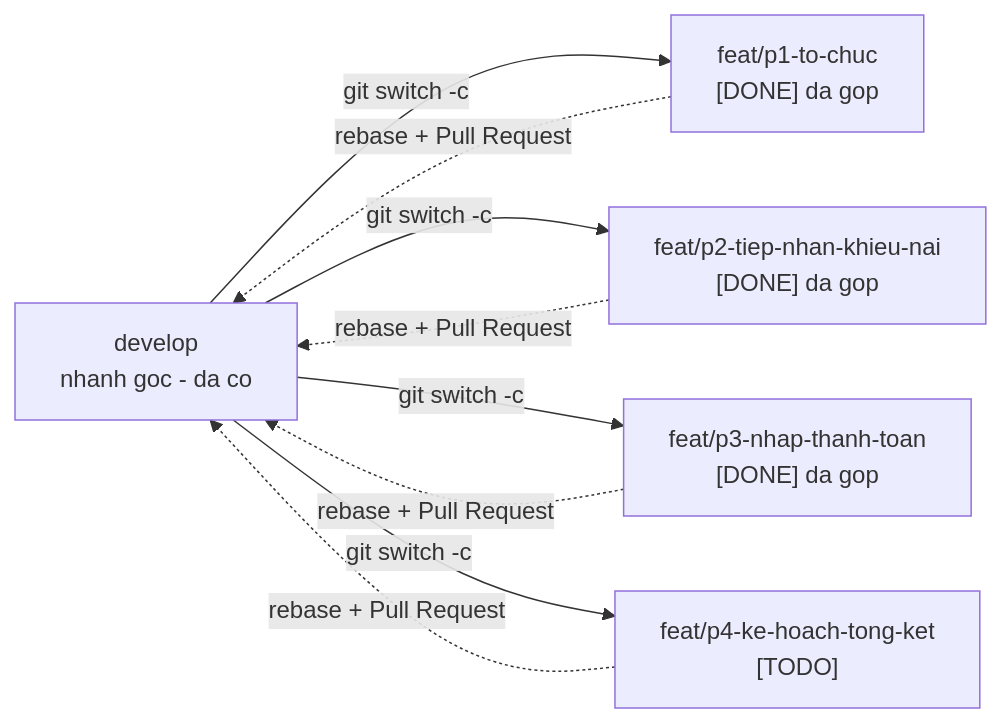
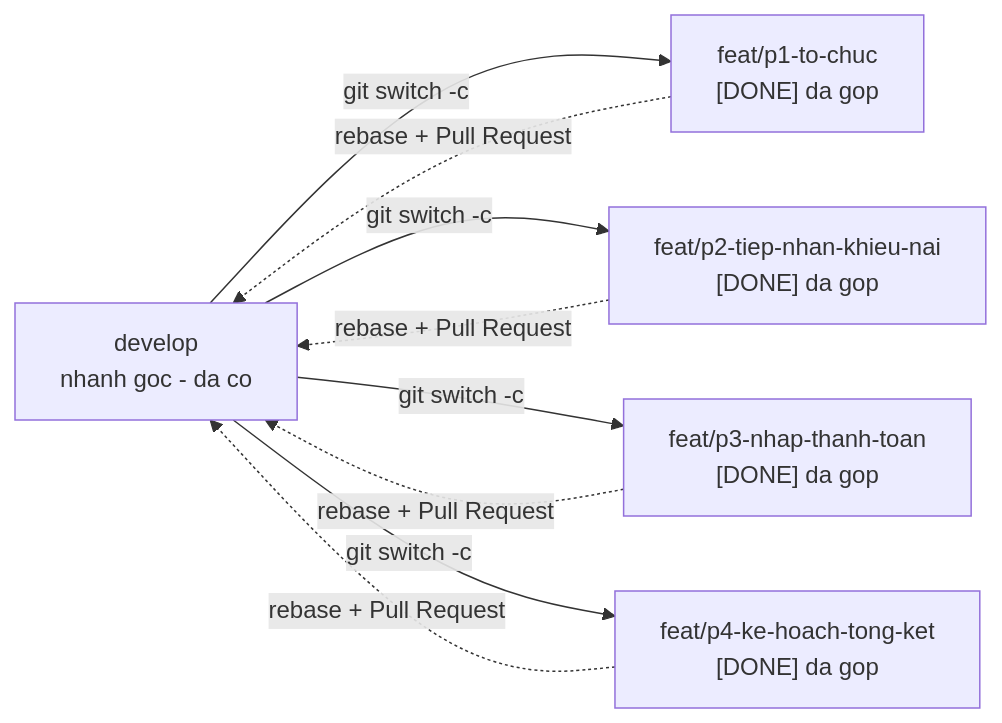
The ninth of 9 diagrams in assets/tasks/DGRAPH.md (MaiTheHao/iuh-fall2026-ptud), drawn with Mermaid before and after one commit. The commit also changed other lines of this file and 2 other files, not shown here.

````diff
--- a/assets/tasks/DGRAPH.md
+++ b/assets/tasks/DGRAPH.md
@@ -286,17 +285,17 @@
 ```mermaid
 flowchart LR
     dev["develop<br/>nhanh goc - da co"]
     b1["feat/p1-to-chuc<br/>[DONE] da gop"]
     b2["feat/p2-tiep-nhan-khieu-nai<br/>[DONE] da gop"]
     b3["feat/p3-nhap-thanh-toan<br/>[DONE] da gop"]
-    b4["feat/p4-ke-hoach-tong-ket<br/>[TODO]"]
+    b4["feat/p4-ke-hoach-tong-ket<br/>[DONE] da gop"]
 
     dev -->|"git switch -c"| b1
     dev -->|"git switch -c"| b2
     dev -->|"git switch -c"| b3
     dev -->|"git switch -c"| b4
     b1 -.->|"rebase + Pull Request"| dev
     b2 -.->|"rebase + Pull Request"| dev
     b3 -.->|"rebase + Pull Request"| dev
     b4 -.->|"rebase + Pull Request"| dev
 ```
````
